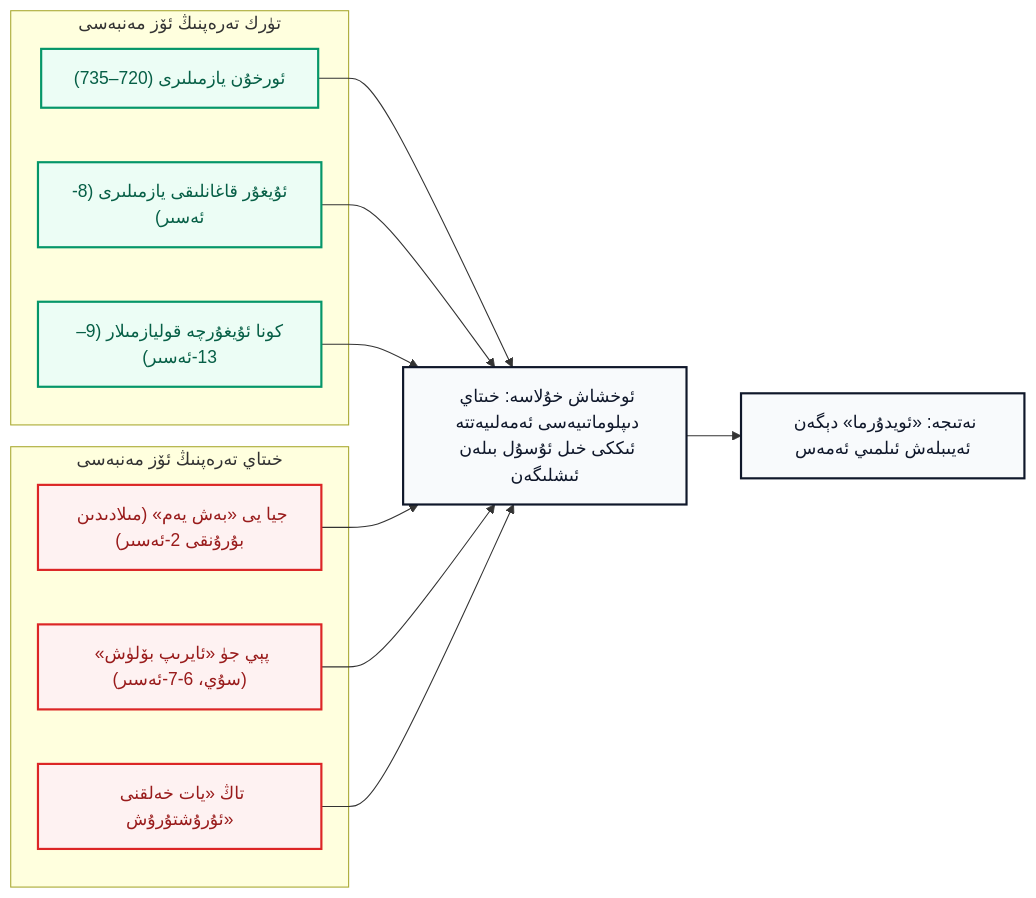
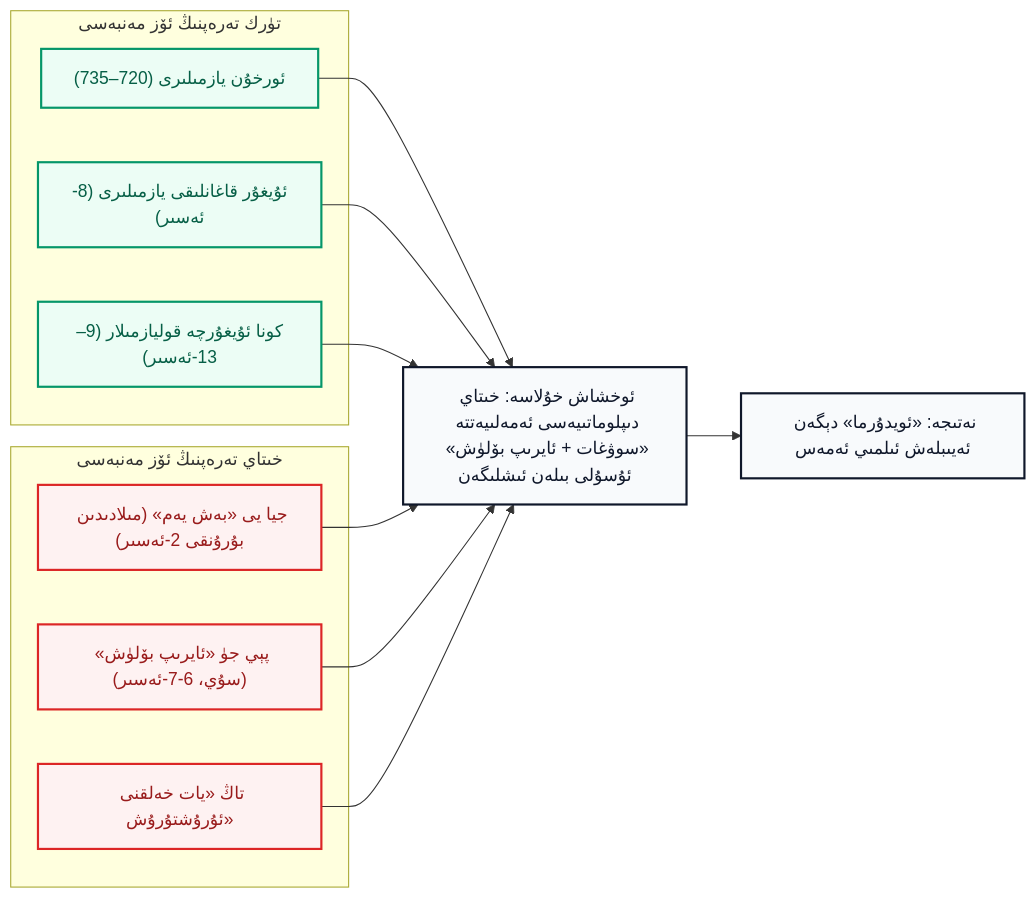
Before and after one commit to UyCoder/paydilar: the second of 4 diagrams in _posts/2026-10-25-Turk-Tarix-Derislikliri-We-Xitay-Rewayiti-Reddiye.md, drawn with Mermaid. The commit also changed other lines of this file and 9 other files, not shown here.

Commit message:
feat: add RAND Geopolitics of AGI post with 8 images and 4 diagrams; rewrite Turkish textbook post to defend Turkey against Chinese propaganda

````diff
--- a/_posts/2026-10-25-Turk-Tarix-Derislikliri-We-Xitay-Rewayiti-Reddiye.md
+++ b/_posts/2026-10-25-Turk-Tarix-Derislikliri-We-Xitay-Rewayiti-Reddiye.md
@@ -102,24 +108,24 @@
 ```mermaid
 flowchart LR
     classDef tr fill:#ecfdf5,stroke:#059669,stroke-width:2px,color:#065f46;
     classDef cn fill:#fef2f2,stroke:#dc2626,stroke-width:2px,color:#991b1b;
     classDef mid fill:#f8fafc,stroke:#0f172a,stroke-width:2px,color:#0f172a;
 
     subgraph T["تۈرك تەرەپنىڭ ئۆز مەنبەسى"]
         T1["ئورخۇن يازمىلىرى (720–735)"]:::tr
         T2["ئۇيغۇر قاغانلىقى يازمىلىرى (8-ئەسىر)"]:::tr
         T3["كونا ئۇيغۇرچە قوليازمىلار (9–13-ئەسىر)"]:::tr
     end
     subgraph C["خىتاي تەرەپنىڭ ئۆز مەنبەسى"]
         C1["جيا يى «بەش يەم» (مىلادىدىن بۇرۇنقى 2-ئەسىر)"]:::cn
         C2["پېي جۈ «ئايرىپ بۆلۈش» (سۇي، 6-7-ئەسىر)"]:::cn
         C3["تاڭ «يات خەلقنى ئۇرۇشتۇرۇش»"]:::cn
     end
-    T1 --> M["ئوخشاش خۇلاسە: خىتاي دىپلوماتىيەسى ئەمەلىيەتتە ئىككى خىل ئۇسۇل بىلەن ئىشلىگەن"]:::mid
+    T1 --> M["ئوخشاش خۇلاسە: خىتاي دىپلوماتىيەسى ئەمەلىيەتتە «سوۋغات + ئايرىپ بۆلۈش» ئۇسۇلى بىلەن ئىشلىگەن"]:::mid
     T2 --> M
     T3 --> M
     C1 --> M
     C2 --> M
     C3 --> M
     M --> R["نەتىجە: «ئويدۇرما» دېگەن ئەيىبلەش ئىلمىي ئەمەس"]:::mid
 ```
````
